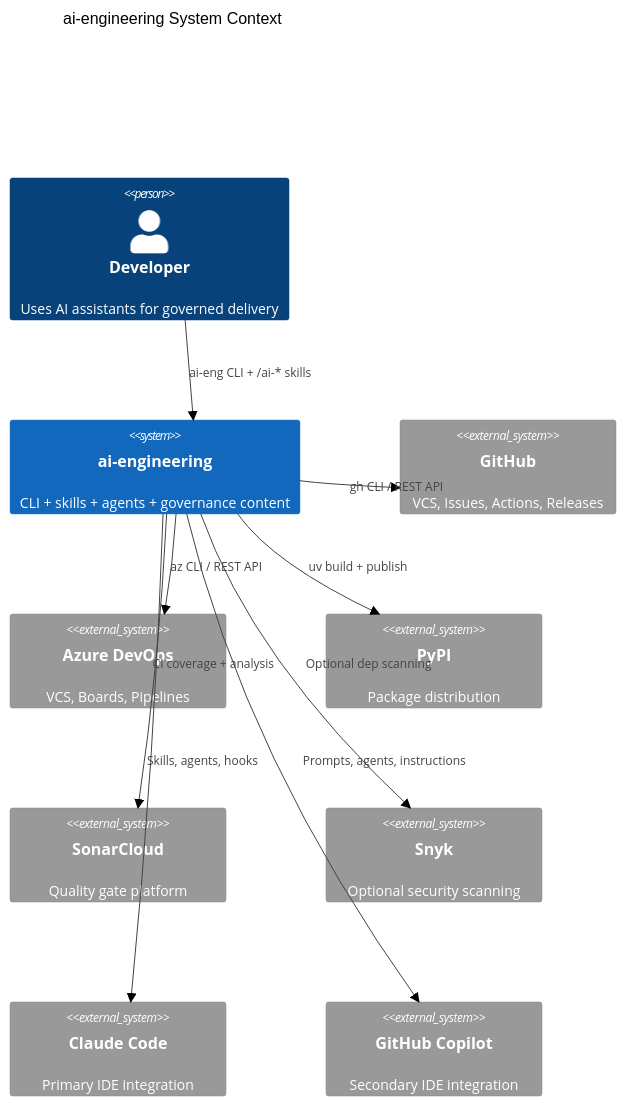
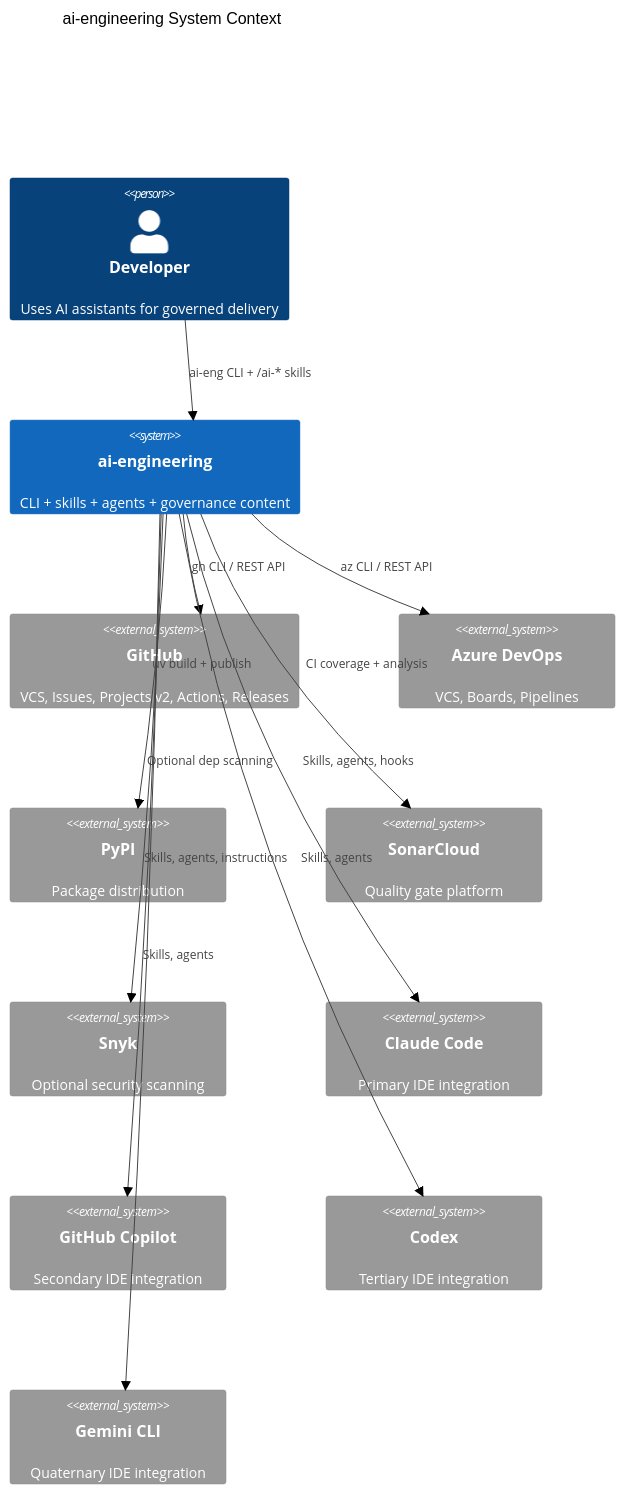
One commit to arcasilesgroup/ai-engineering changed the first of 10 diagrams in docs/solution-intent.md. Above: the diagram before and after it, drawn with Mermaid (neutral theme). The commit also changed other lines of this file and 32 other files, not shown here.

First line of the commit message:
chore: normalize labels, configure GitHub Projects v2, add label-sync (#306)

````diff
--- a/docs/solution-intent.md
+++ b/docs/solution-intent.md
@@ -41,24 +70,28 @@
 ```mermaid
 C4Context
     title ai-engineering System Context
 
     Person(dev, "Developer", "Uses AI assistants for governed delivery")
     System(framework, "ai-engineering", "CLI + skills + agents + governance content")
 
-    System_Ext(github, "GitHub", "VCS, Issues, Actions, Releases")
+    System_Ext(github, "GitHub", "VCS, Issues, Projects v2, Actions, Releases")
     System_Ext(azdo, "Azure DevOps", "VCS, Boards, Pipelines")
     System_Ext(pypi, "PyPI", "Package distribution")
     System_Ext(sonar, "SonarCloud", "Quality gate platform")
     System_Ext(snyk, "Snyk", "Optional security scanning")
     System_Ext(claude, "Claude Code", "Primary IDE integration")
     System_Ext(copilot, "GitHub Copilot", "Secondary IDE integration")
+    System_Ext(codex, "Codex", "Tertiary IDE integration")
+    System_Ext(gemini, "Gemini CLI", "Quaternary IDE integration")
 
     Rel(dev, framework, "ai-eng CLI + /ai-* skills")
     Rel(framework, github, "gh CLI / REST API")
     Rel(framework, azdo, "az CLI / REST API")
     Rel(framework, pypi, "uv build + publish")
     Rel(framework, sonar, "CI coverage + analysis")
     Rel(framework, snyk, "Optional dep scanning")
     Rel(framework, claude, "Skills, agents, hooks")
-    Rel(framework, copilot, "Prompts, agents, instructions")
+    Rel(framework, copilot, "Skills, agents, instructions")
+    Rel(framework, codex, "Skills, agents")
+    Rel(framework, gemini, "Skills, agents")
 ```
````
